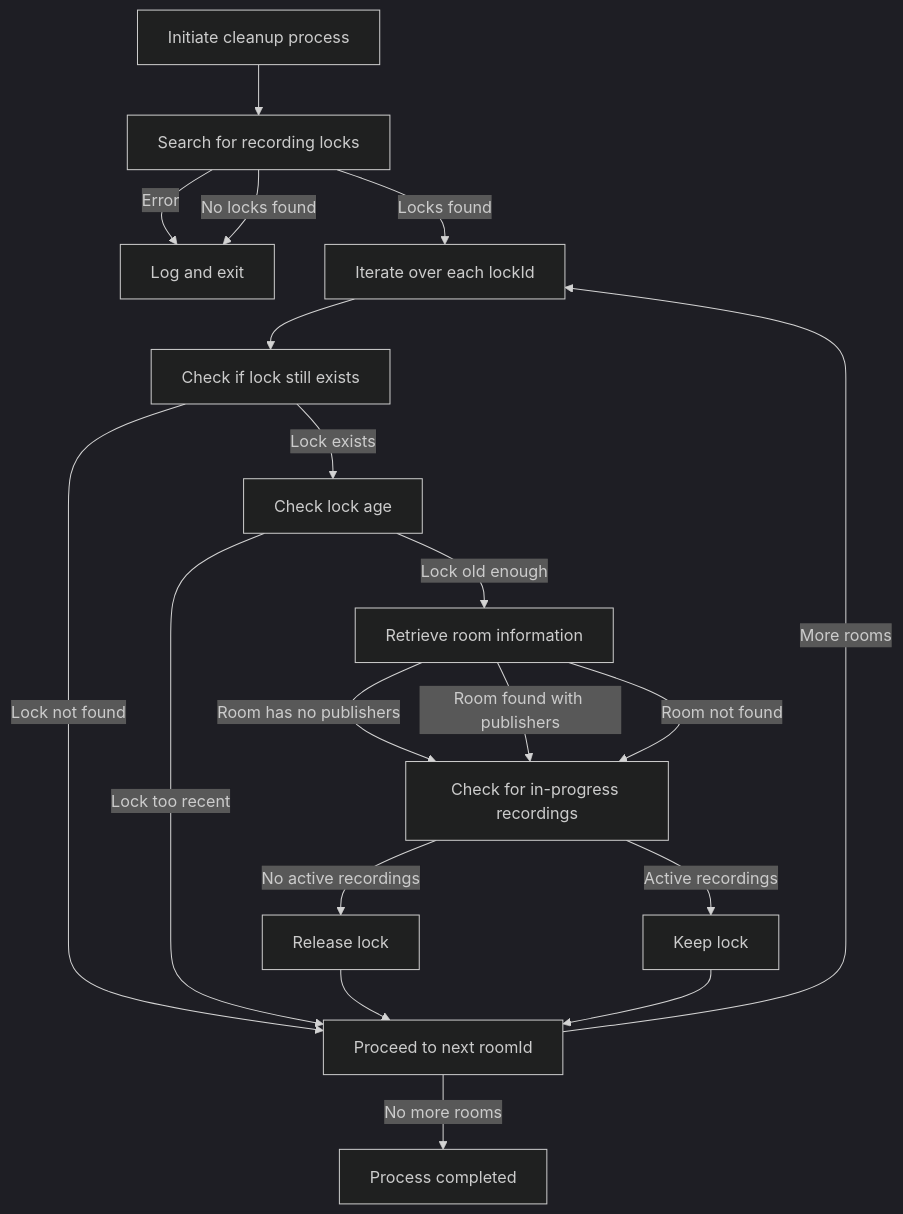
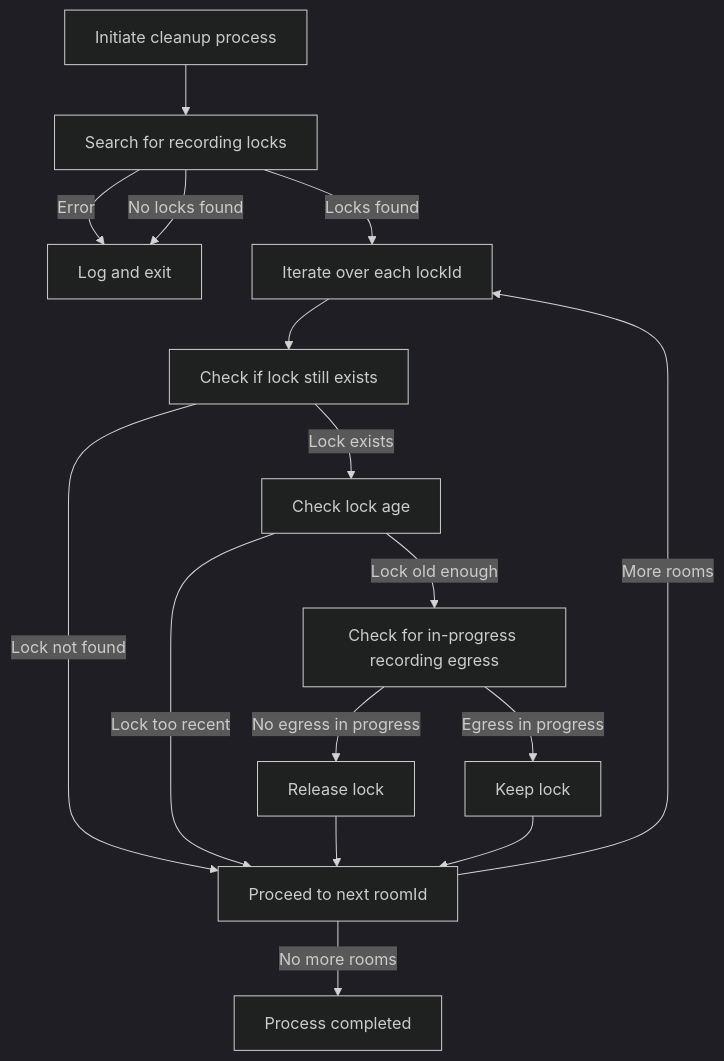
The second of 3 diagrams in meet-ce/backend/README.md (OpenVidu/openvidu-meet), drawn with Mermaid (dark theme) before and after one commit. The commit also changed other lines of this file and 620 other files, not shown here.

````diff
--- a/meet-ce/backend/README.md
+++ b/meet-ce/backend/README.md
@@ -204,25 +196,21 @@
 ```mermaid
 graph TD;
     A[Initiate cleanup process] --> C[Search for recording locks]
     C -->|Error| D[Log and exit]
     C -->|No locks found| D
     C -->|Locks found| E[Iterate over each lockId]
 
     E --> Z[Check if lock still exists]
     Z -->|Lock not found| M[Proceed to next roomId]
     Z -->|Lock exists| Y[Check lock age]
     Y -->|Lock too recent| M
-    Y -->|Lock old enough| H[Retrieve room information]
+    Y -->|Lock old enough| W[Check for in-progress recording egress]
 
-    H -->|Room has no publishers| W[Check for in-progress recordings]
-    W -->|Active recordings| L[Keep lock]
-    W -->|No active recordings| I[Release lock]
-
-    H -->|Room found with publishers| W[Check for in-progress recordings]
-    H -->|Room not found| W[Check for in-progress recordings]
+    W -->|Egress in progress| L[Keep lock]
+    W -->|No egress in progress| I[Release lock]
 
     I --> M
     L --> M
     M -->|More rooms| E
     M -->|No more rooms| N[Process completed]
 ```
````
